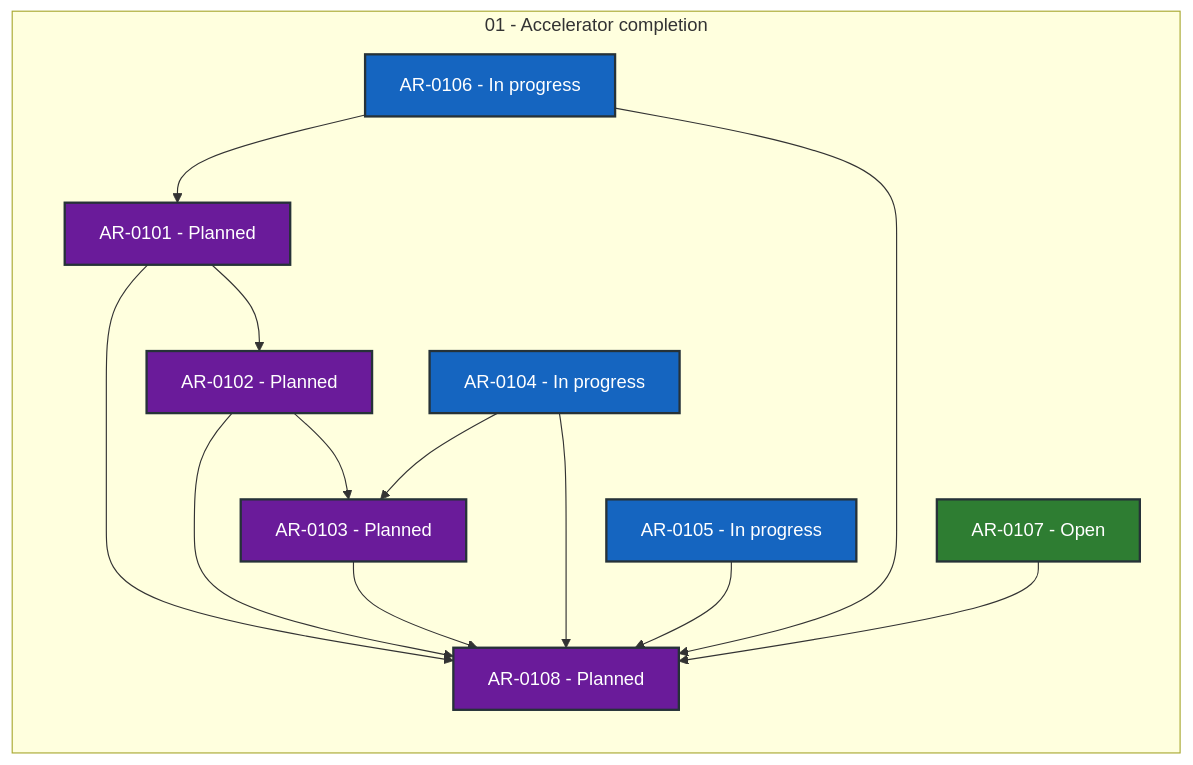
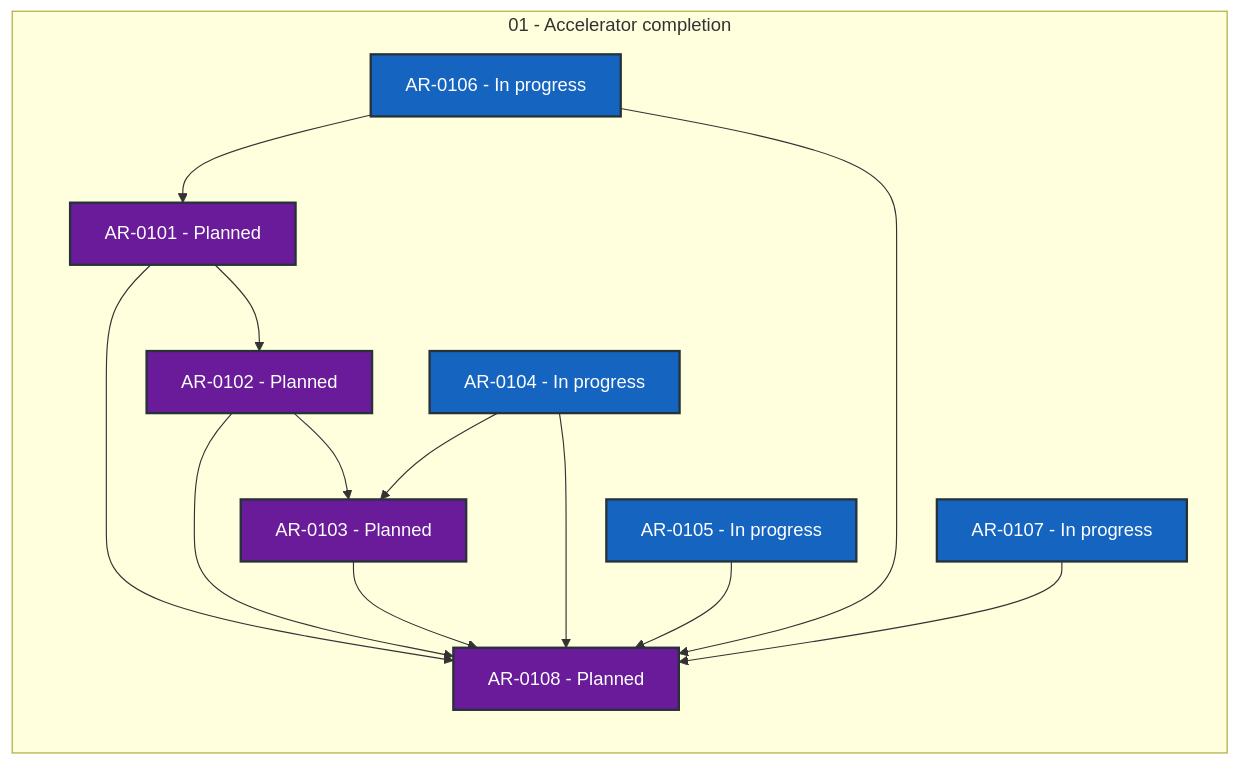
Before and after one commit to locutus3009/exgame: the diagram in coordination/STATUS.md, drawn with Mermaid. The commit also changed other lines of this file and 2 other files, not shown here.

````diff
--- a/coordination/STATUS.md
+++ b/coordination/STATUS.md
@@ -28,34 +28,34 @@
 ```mermaid
 flowchart LR
     subgraph series_01["01 - Accelerator completion"]
         direction TB
         AR_0101["AR-0101 - Planned"]:::status_planned
         AR_0102["AR-0102 - Planned"]:::status_planned
         AR_0103["AR-0103 - Planned"]:::status_planned
         AR_0104["AR-0104 - In progress"]:::status_in_progress
         AR_0105["AR-0105 - In progress"]:::status_in_progress
         AR_0106["AR-0106 - In progress"]:::status_in_progress
-        AR_0107["AR-0107 - Open"]:::status_open
+        AR_0107["AR-0107 - In progress"]:::status_in_progress
         AR_0108["AR-0108 - Planned"]:::status_planned
     end
     AR_0101 --> AR_0102
     AR_0101 --> AR_0108
     AR_0102 --> AR_0103
     AR_0102 --> AR_0108
     AR_0103 --> AR_0108
     AR_0104 --> AR_0103
     AR_0104 --> AR_0108
     AR_0105 --> AR_0108
     AR_0106 --> AR_0101
     AR_0106 --> AR_0108
     AR_0107 --> AR_0108
     classDef status_in_progress fill:#1565c0,color:#ffffff,stroke:#263238,stroke-width:2px
     classDef status_in_review fill:#ad1457,color:#ffffff,stroke:#263238,stroke-width:2px
     classDef status_open fill:#2e7d32,color:#ffffff,stroke:#263238,stroke-width:2px
     classDef status_blocked fill:#c62828,color:#ffffff,stroke:#263238,stroke-width:2px
     classDef status_planned fill:#6a1b9a,color:#ffffff,stroke:#263238,stroke-width:2px
     classDef status_future fill:#455a64,color:#ffffff,stroke:#263238,stroke-width:2px
     classDef status_done fill:#00695c,color:#ffffff,stroke:#263238,stroke-width:2px
     classDef status_cancelled fill:#616161,color:#ffffff,stroke:#263238,stroke-width:2px
     classDef status_superseded fill:#5d4037,color:#ffffff,stroke:#263238,stroke-width:2px
 ```
````
